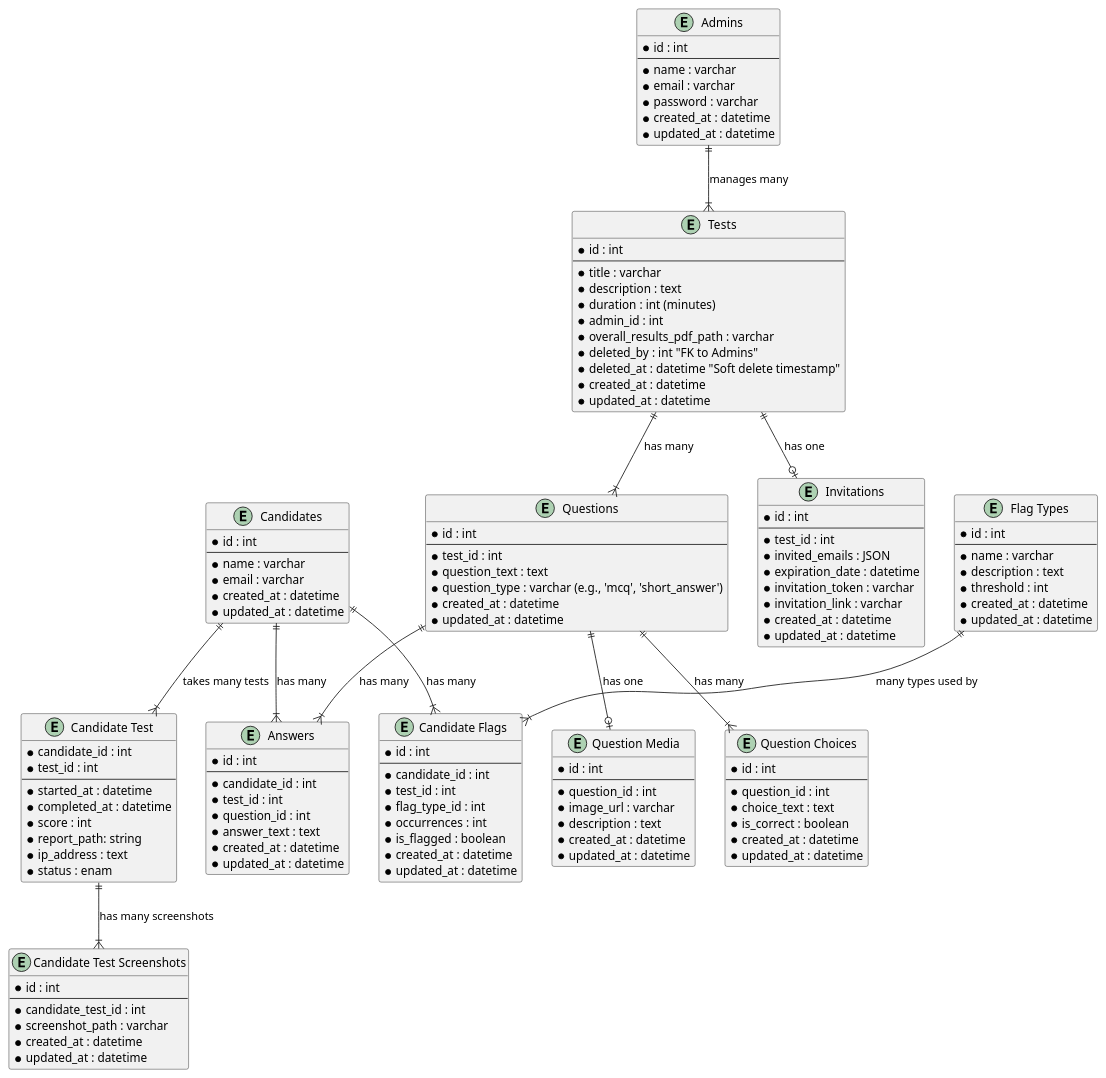
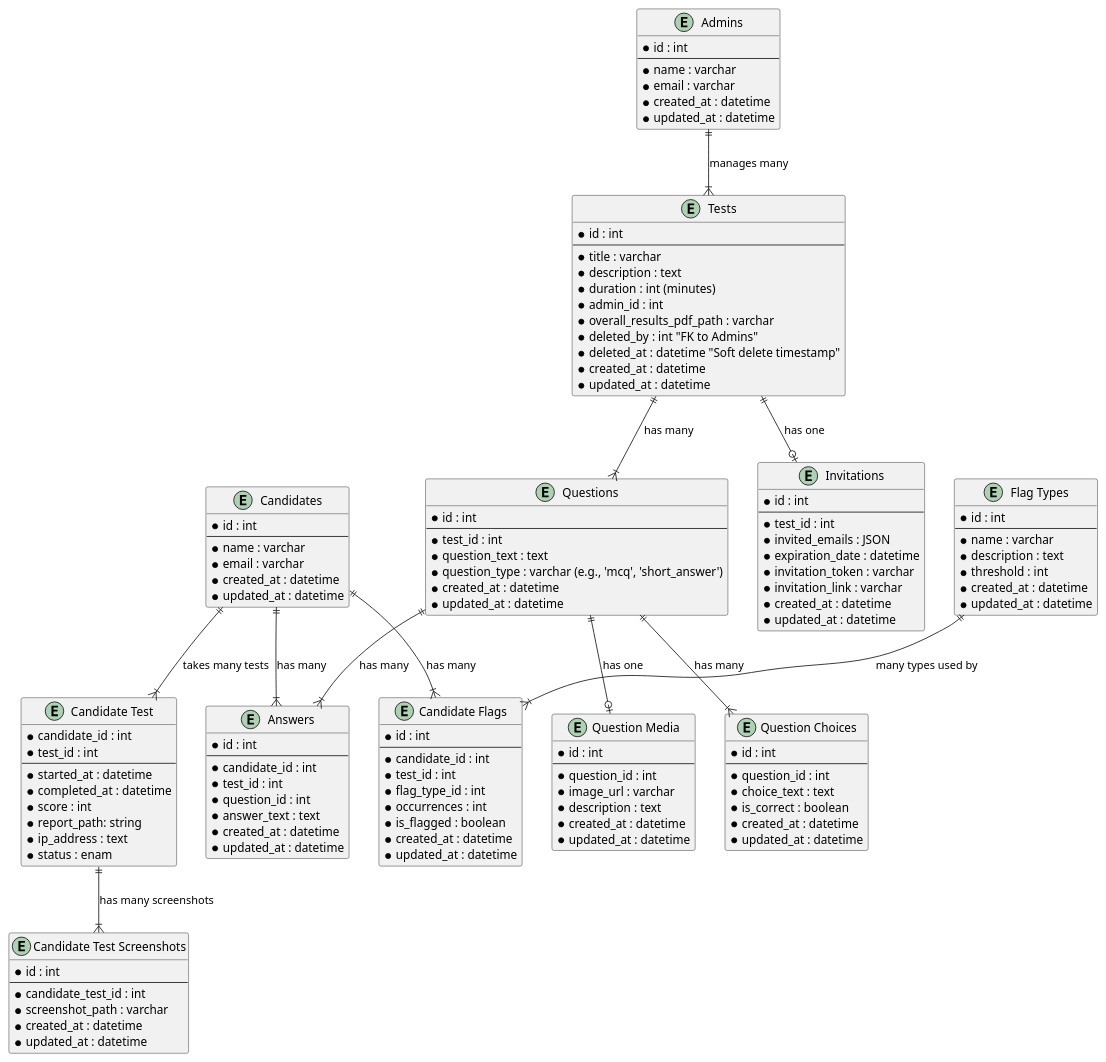
Before and after one commit to milelecars/MileleSkillSage: the diagram in storage/plantuml/db_diagram.puml, drawn with PlantUML. The commit also changed 25 other files, not shown here.

```diff
--- a/storage/plantuml/db_diagram.puml
+++ b/storage/plantuml/db_diagram.puml
@@ -1,147 +1,146 @@
 @startuml "Milele SkillSage"
 
 
 entity "Candidates" {
   * id : int
   --
   * name : varchar
   * email : varchar
   * created_at : datetime
   * updated_at : datetime
 }
 
 entity "Tests" {
   * id : int
   --
   * title : varchar
   * description : text
   * duration : int (minutes)
   * admin_id : int
   * overall_results_pdf_path : varchar
   * deleted_by : int "FK to Admins"
   * deleted_at : datetime "Soft delete timestamp"
   * created_at : datetime
   * updated_at : datetime
 }
 
 entity "Candidate Test" {
   * candidate_id : int
   * test_id : int
   --
   * started_at : datetime
   * completed_at : datetime
   * score : int
   * report_path: string
   * ip_address : text
   * status : enam
 }
 
 entity "Candidate Test Screenshots" {
   * id : int
   --
   * candidate_test_id : int
   * screenshot_path : varchar
   * created_at : datetime
   * updated_at : datetime
 }
 
 entity "Questions" {
   * id : int
   --
   * test_id : int
   * question_text : text
   * question_type : varchar (e.g., 'mcq', 'short_answer')
   * created_at : datetime
   * updated_at : datetime
 }
 
 entity "Question Choices" {
   * id : int
   --
   * question_id : int
   * choice_text : text
   * is_correct : boolean
   * created_at : datetime
   * updated_at : datetime
 }
 
 entity "Question Media" {
   * id : int
   --
   * question_id : int
   * image_url : varchar
   * description : text
   * created_at : datetime
   * updated_at : datetime
 }
 
 entity "Answers" {
   * id : int
   --
   * candidate_id : int
   * test_id : int
   * question_id : int
   * answer_text : text
   * created_at : datetime
   * updated_at : datetime
 }
 
 entity "Admins" {
   * id : int
   --
   * name : varchar
   * email : varchar
-  * password : varchar  
   * created_at : datetime
   * updated_at : datetime
 }
 
 entity "Flag Types" {
   * id : int
   --
   * name : varchar
   * description : text
   * threshold : int
   * created_at : datetime
   * updated_at : datetime
 }
 
 entity "Candidate Flags" {
   * id : int
   --
   * candidate_id : int
   * test_id : int
   * flag_type_id : int
   * occurrences : int
   * is_flagged : boolean
   * created_at : datetime
   * updated_at : datetime
 }
 
 entity "Invitations" {
   * id : int
   --
   * test_id : int
   * invited_emails : JSON
   * expiration_date : datetime
   * invitation_token : varchar
   * invitation_link : varchar
   * created_at : datetime 
   * updated_at : datetime
 }
 
 ' Relationships
 "Candidates" ||--|{ "Answers" : has many
 "Candidates" ||--|{ "Candidate Flags" : has many
 "Candidates" ||--|{ "Candidate Test" : takes many tests
 "Tests" ||--|{ "Questions" : has many
 "Tests" ||--o| "Invitations" : has one
 "Questions" ||--|{ "Question Choices" : has many
 "Questions" ||--o| "Question Media" : has one
 "Questions" ||--|{ "Answers" : has many  
 "Flag Types" ||--|{ "Candidate Flags" : many types used by
 "Admins" ||--|{ "Tests" : manages many
 "Candidate Test" ||--|{ "Candidate Test Screenshots" : "has many screenshots"
 
 
 @enduml
```
